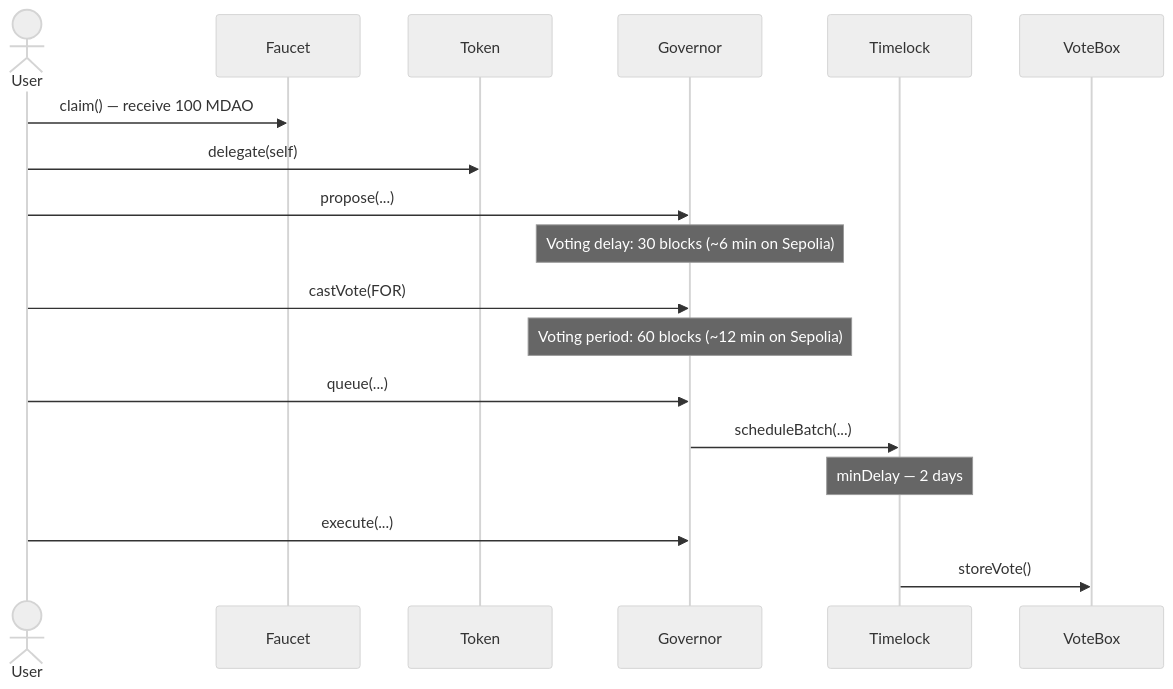
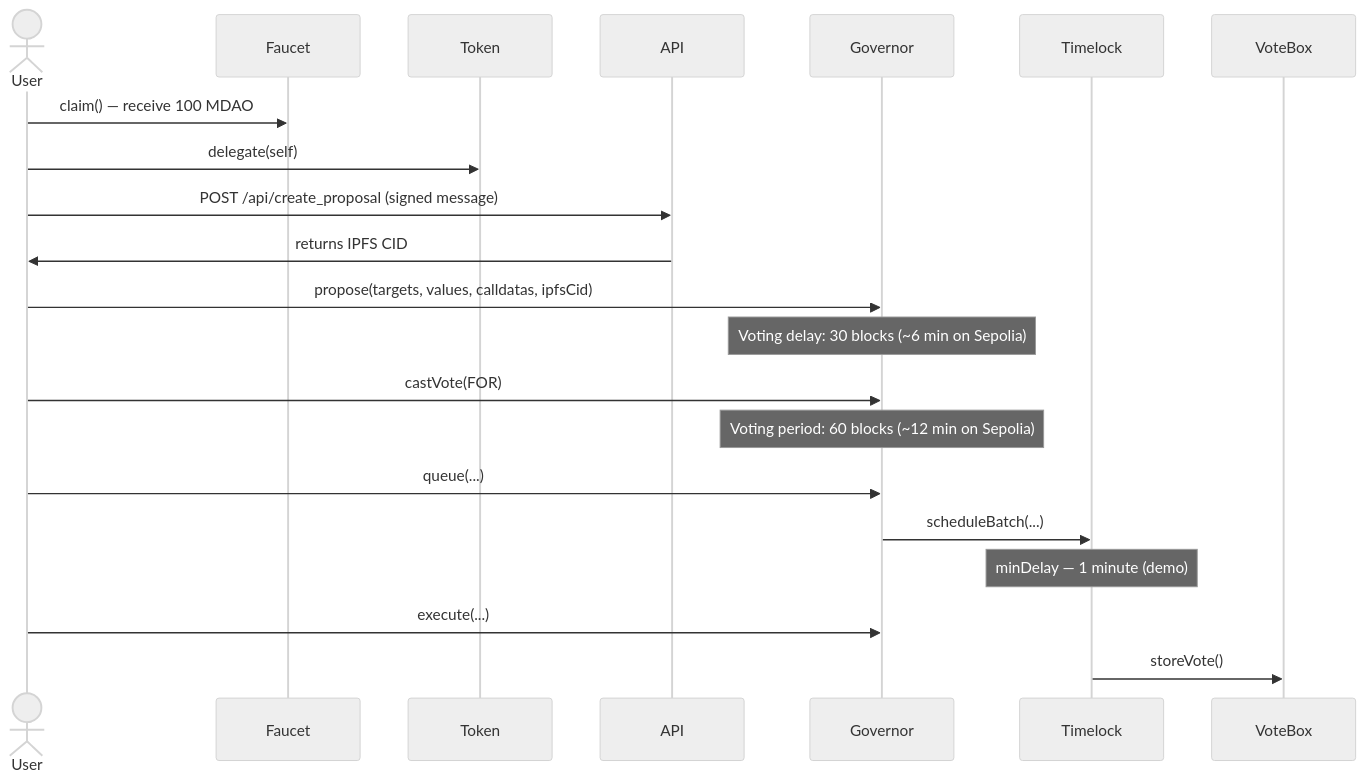
The diagram in README.md (VxxxxC/mini_dao), drawn with Mermaid (neutral theme) before and after one commit. The commit also changed other lines of this file, not shown here.

````diff
--- a/README.md
+++ b/README.md
@@ -59,21 +78,24 @@
 ```mermaid
 sequenceDiagram
     actor User
     participant Faucet
     participant Token
+    participant API
     participant Governor
     participant Timelock
     participant VoteBox
 
     User->>Faucet: claim() — receive 100 MDAO
     User->>Token: delegate(self)
-    User->>Governor: propose(...)
+    User->>API: POST /api/create_proposal (signed message)
+    API->>User: returns IPFS CID
+    User->>Governor: propose(targets, values, calldatas, ipfsCid)
     Note over Governor: Voting delay: 30 blocks (~6 min on Sepolia)
     User->>Governor: castVote(FOR)
     Note over Governor: Voting period: 60 blocks (~12 min on Sepolia)
     User->>Governor: queue(...)
     Governor->>Timelock: scheduleBatch(...)
-    Note over Timelock: minDelay — 2 days
+    Note over Timelock: minDelay — 1 minute (demo)
     User->>Governor: execute(...)
     Timelock->>VoteBox: storeVote()
 ```
````
